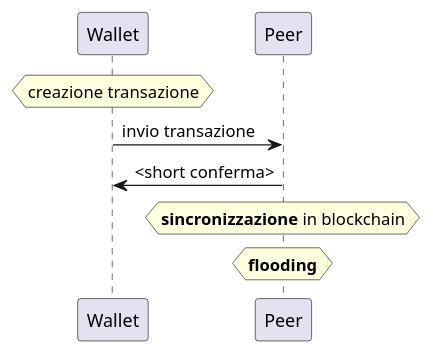
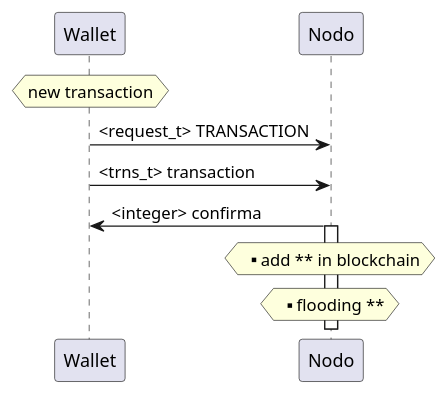
Before and after one commit to vFones/p2p_btc: the diagram in doc/diagram/newtransaction.puml, drawn with PlantUML. The commit also changed 14 other files, not shown here.

Commit message:
Creation of documentation and diagrams.

```diff
--- a/doc/diagram/newtransaction.puml
+++ b/doc/diagram/newtransaction.puml
@@ -1,8 +1,10 @@
 @startuml
-hnote over Wallet: creazione transazione
-Wallet->Peer: invio transazione
-Wallet<-Peer: <short conferma>
-hnote over Peer: **sincronizzazione** in blockchain
-hnote over Peer: **flooding**
+hnote over Wallet: new transaction
+Wallet -> Nodo: <request_t> TRANSACTION
+Wallet->Nodo: <trns_t> transaction
+Wallet<-Nodo: <integer> confirma
+activate Nodo
+hnote over Nodo: ** add ** in blockchain
+hnote over Nodo: ** flooding **
 
 @enduml
```
